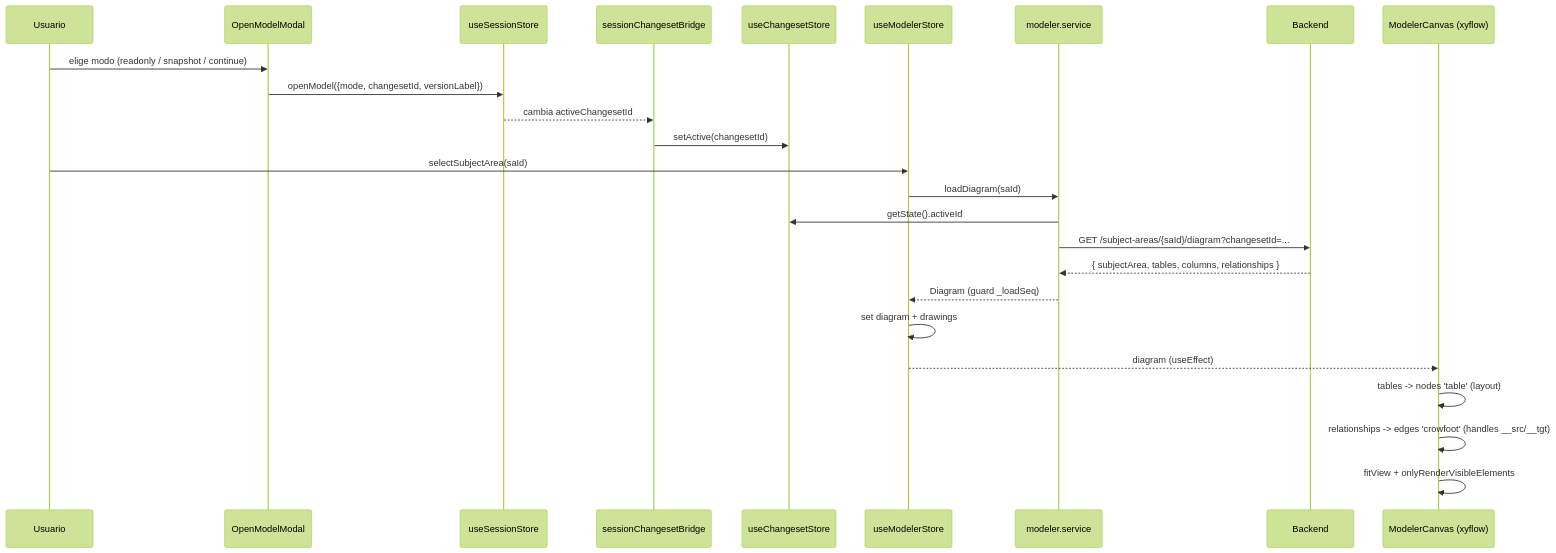
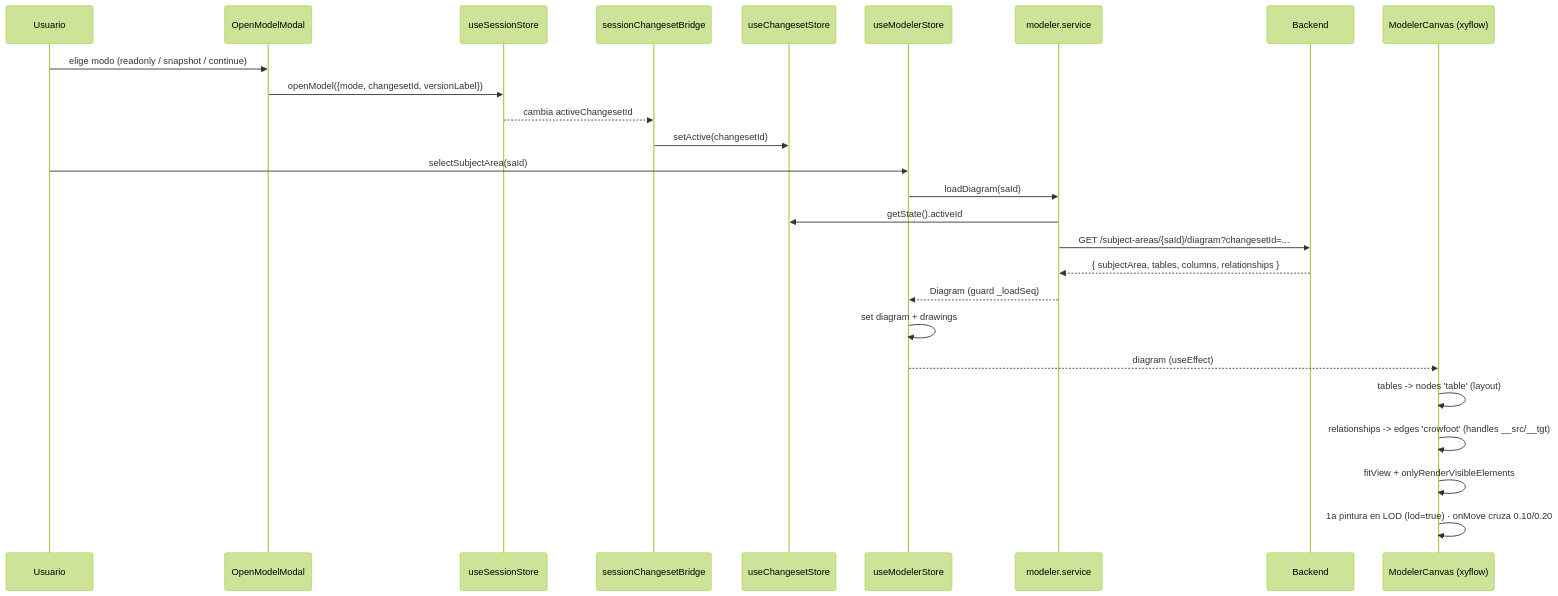
The third of 8 diagrams in doc/data-flow.md (Carlosmps97/web-data-model-hub), drawn with Mermaid (forest theme) before and after one commit. The commit also changed other lines of this file and 8 other files, not shown here.

````diff
--- a/doc/data-flow.md
+++ b/doc/data-flow.md
@@ -194,28 +225,29 @@
 ```mermaid
 sequenceDiagram
   participant U as Usuario
   participant OM as OpenModelModal
   participant SS as useSessionStore
   participant Br as sessionChangesetBridge
   participant CS as useChangesetStore
   participant MS as useModelerStore
   participant Svc as modeler.service
   participant API as Backend
   participant RF as ModelerCanvas (xyflow)
 
   U->>OM: elige modo (readonly / snapshot / continue)
   OM->>SS: openModel({mode, changesetId, versionLabel})
   SS-->>Br: cambia activeChangesetId
   Br->>CS: setActive(changesetId)
   U->>MS: selectSubjectArea(saId)
   MS->>Svc: loadDiagram(saId)
   Svc->>CS: getState().activeId
   Svc->>API: GET /subject-areas/{saId}/diagram?changesetId=...
   API-->>Svc: { subjectArea, tables, columns, relationships }
   Svc-->>MS: Diagram (guard _loadSeq)
   MS->>MS: set diagram + drawings
   MS-->>RF: diagram (useEffect)
   RF->>RF: tables -> nodes 'table' (layout)
   RF->>RF: relationships -> edges 'crowfoot' (handles __src/__tgt)
   RF->>RF: fitView + onlyRenderVisibleElements
+  RF->>RF: 1a pintura en LOD (lod=true) · onMove cruza 0.10/0.20
 ```
````
